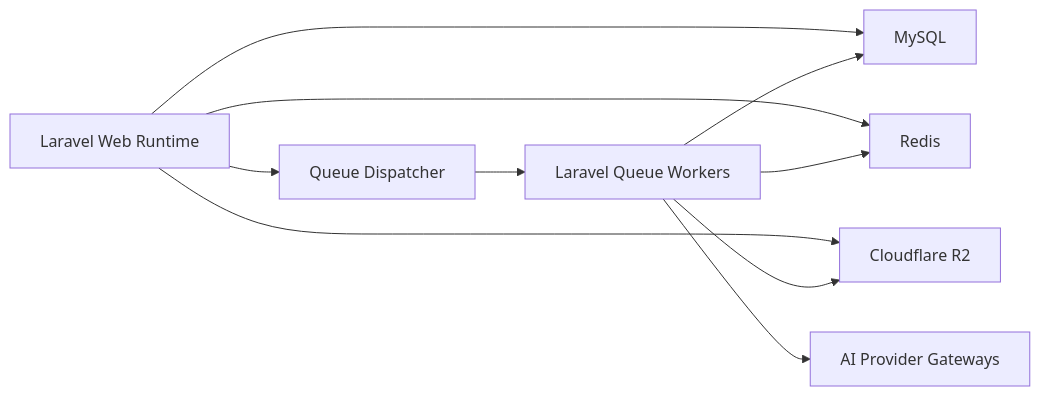
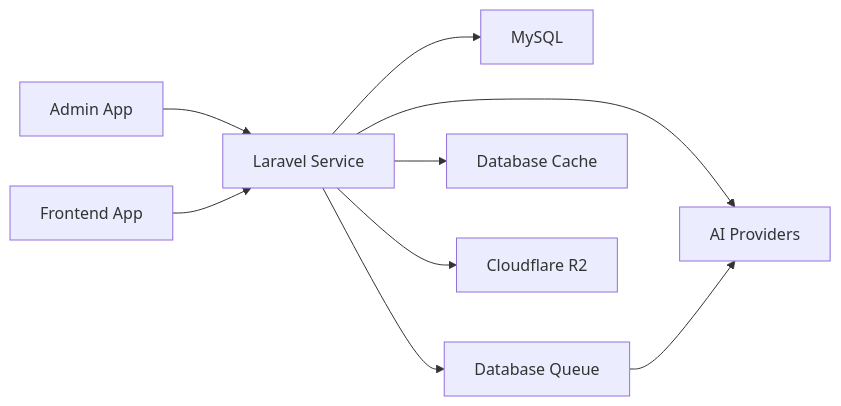
The second of 2 diagrams in docs/ARCHITECTURE.md (shamamit11/wwb-service), drawn with Mermaid before and after one commit. The commit also changed other lines of this file and 113 other files, not shown here.

````diff
--- a/docs/ARCHITECTURE.md
+++ b/docs/ARCHITECTURE.md
@@ -936,12 +117,11 @@
 ```mermaid
 flowchart LR
-    W["Laravel Web Runtime"] --> DB["MySQL"]
-    W --> C["Redis"]
-    W --> R2["Cloudflare R2"]
-    W --> Q["Queue Dispatcher"]
-    Q --> Workers["Laravel Queue Workers"]
-    Workers --> DB
-    Workers --> C
-    Workers --> R2
-    Workers --> AI["AI Provider Gateways"]
+    A["Admin App"] --> S["Laravel Service"]
+    F["Frontend App"] --> S
+    S --> DB["MySQL"]
+    S --> Q["Database Queue"]
+    S --> C["Database Cache"]
+    S --> M["Cloudflare R2"]
+    S --> AI["AI Providers"]
+    Q --> AI
 ```
````
